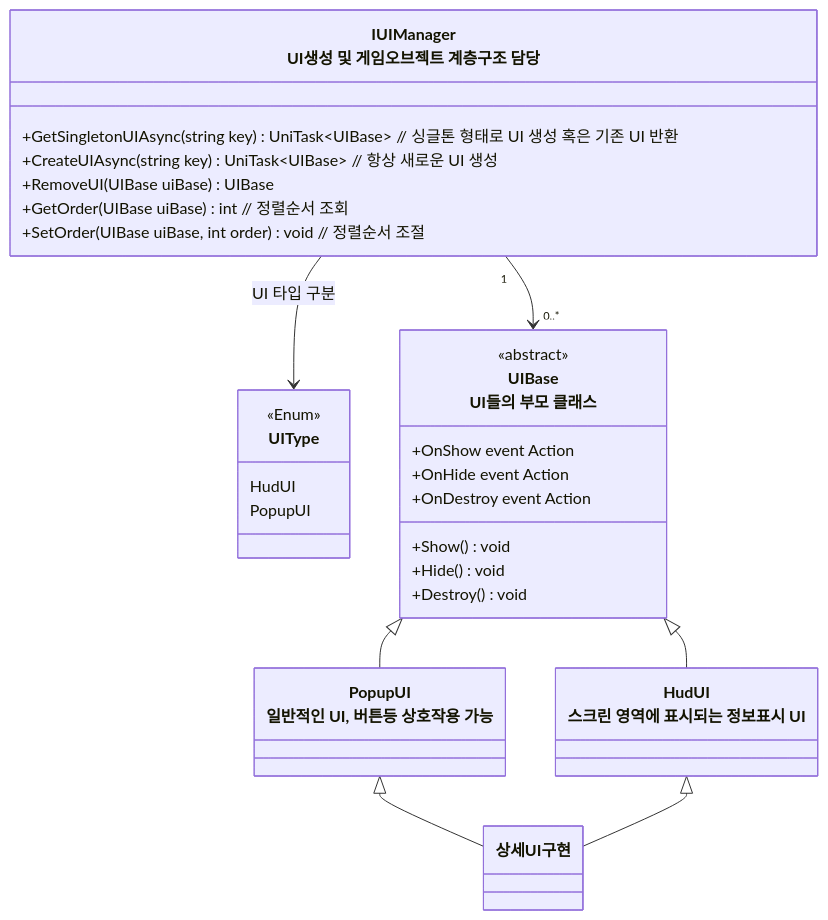
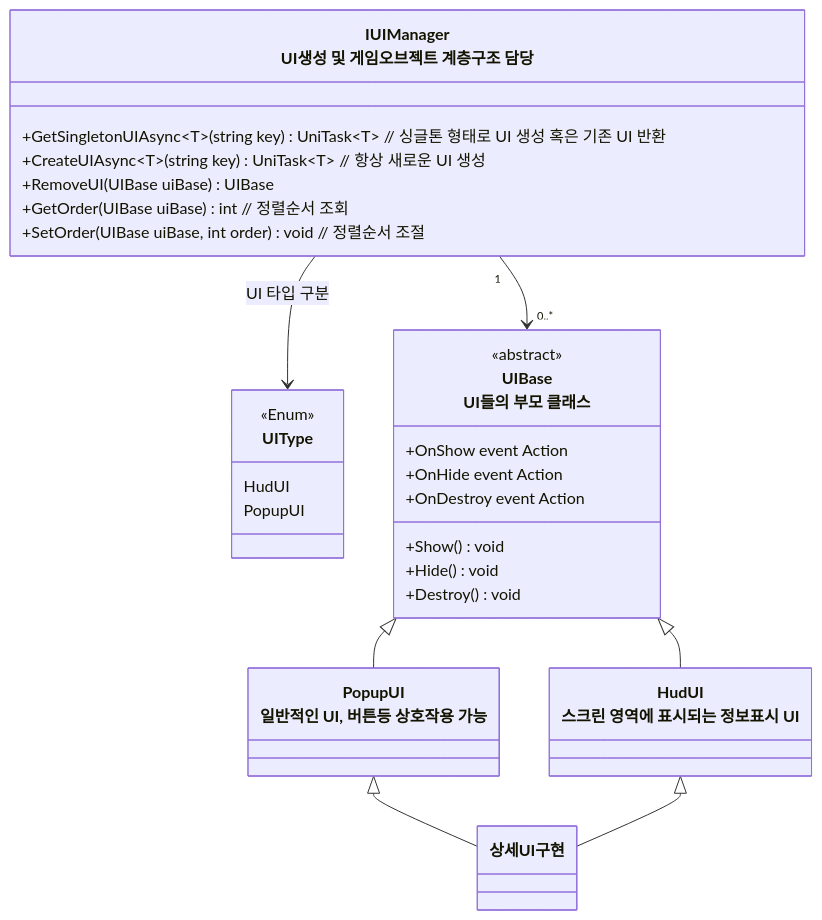
One commit to JIN5EOK/DungeonShooter changed the first of 2 diagrams in README/UI_설계.md. Above: the diagram before and after it, drawn with Mermaid. The commit also changed other lines of this file, not shown here.

````diff
--- a/README/UI_설계.md
+++ b/README/UI_설계.md
@@ -5,39 +5,39 @@
 ```mermaid
 classDiagram
     class UIType{
         <<Enum>>
         HudUI
         PopupUI
     }
     
     class IUIManager["IUIManager<br>UI생성 및 게임오브젝트 계층구조 담당"]{
-        +GetSingletonUIAsync(string key) UniTask~UIBase~ // 싱글톤 형태로 UI 생성 혹은 기존 UI 반환
-        +CreateUIAsync(string key) UniTask~UIBase~ // 항상 새로운 UI 생성
+        +GetSingletonUIAsync~T~(string key) UniTask~T~ // 싱글톤 형태로 UI 생성 혹은 기존 UI 반환
+        +CreateUIAsync~T~(string key) UniTask~T~ // 항상 새로운 UI 생성
         +RemoveUI(UIBase uiBase) UIBase
         +GetOrder(UIBase uiBase) int // 정렬순서 조회
         +SetOrder(UIBase uiBase, int order) void // 정렬순서 조절
     }
     
     class UIBase["UIBase<br>UI들의 부모 클래스"]{
         <<abstract>>
         +OnShow event Action
         +OnHide event Action
         +OnDestroy event Action
         +Show() void
         +Hide() void
         +Destroy() void
     }
     class PopupUI["PopupUI<br>일반적인 UI, 버튼등 상호작용 가능"]{
         
     }
     class HudUI["HudUI<br>스크린 영역에 표시되는 정보표시 UI"]{
 
     }
 
     IUIManager --> UIType : UI 타입 구분
     IUIManager "1"-->"0..*" UIBase
     UIBase <|-- PopupUI
     UIBase <|-- HudUI
     PopupUI <|-- 상세UI구현
     HudUI<|-- 상세UI구현
 ```
````
